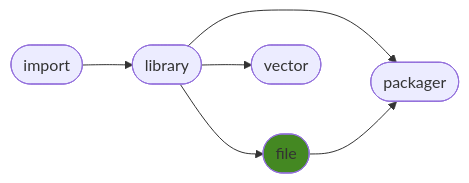
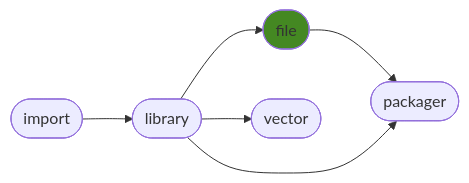
Before and after one commit to ManderaGeneral/generalfile: the diagram in README.md, drawn with Mermaid. The commit also changed other lines of this file, not shown here.

````diff
--- a/README.md
+++ b/README.md
@@ -16,14 +16,14 @@
 ```mermaid
 flowchart LR
+2([file]) --> 4([packager])
+0([import]) --> 1([library])
+1([library]) --> 2([file])
+1([library]) --> 3([vector])
 1([library]) --> 4([packager])
-1([library]) --> 2([file])
-0([import]) --> 1([library])
-2([file]) --> 4([packager])
-1([library]) --> 3([vector])
 click 0 "https://github.com/ManderaGeneral/generalimport"
 click 1 "https://github.com/ManderaGeneral/generallibrary"
 click 2 "https://github.com/ManderaGeneral/generalfile"
 click 3 "https://github.com/ManderaGeneral/generalvector"
 click 4 "https://github.com/ManderaGeneral/generalpackager"
 style 2 fill:#482
 ```
````
